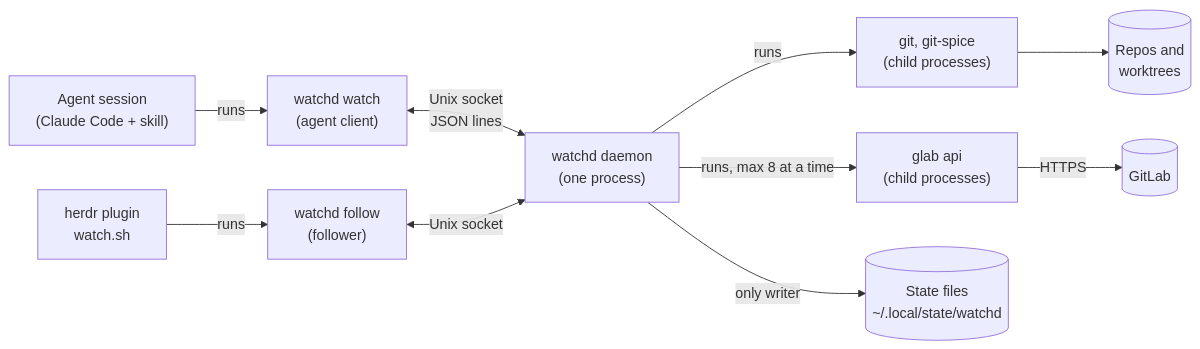
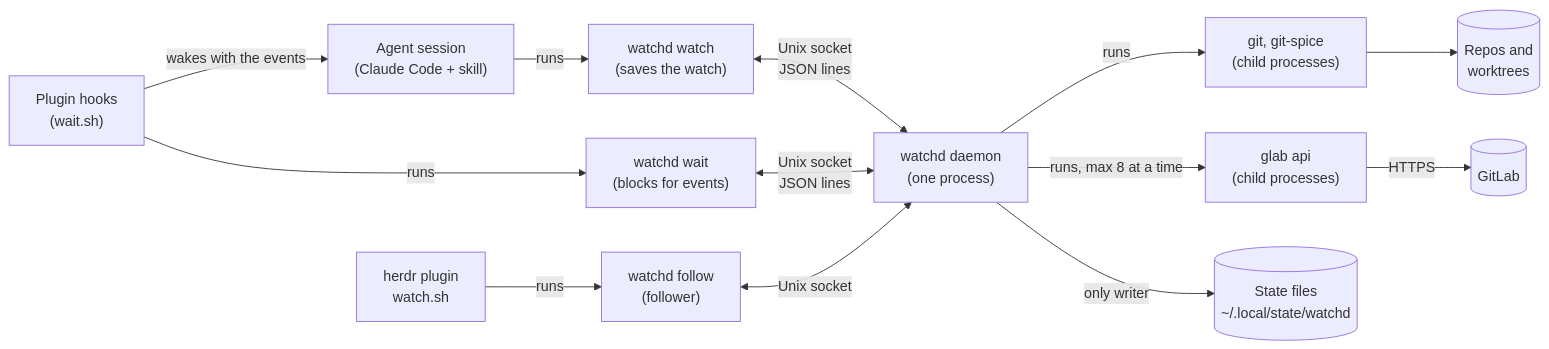
One commit to AlexKrupa/.dotfiles changed the first of 3 diagrams in dot_config/agents/daemon/README.md. Above: the diagram before and after it, drawn with Mermaid. The commit also changed other lines of this file and 3 other files, not shown here.

Commit message:
Update .config/agents/README.md Update .config/agents/daemon/README.md Update .config/agents/references/watch/common.md Update .config/agents/references/watch/gitlab.md

````diff
--- a/dot_config/agents/daemon/README.md
+++ b/dot_config/agents/daemon/README.md
@@ -10,12 +10,15 @@
 ```mermaid
 flowchart LR
-  agent["Agent session<br/>(Claude Code + skill)"] -->|"runs"| client["watchd watch<br/>(agent client)"]
-  client <-->|"Unix socket<br/>JSON lines"| daemon["watchd daemon<br/>(one process)"]
+  agent["Agent session<br/>(Claude Code + skill)"] -->|"runs"| watch["watchd watch<br/>(saves the watch)"]
+  plugin["Plugin hooks<br/>(wait.sh)"] -->|"runs"| wait["watchd wait<br/>(blocks for events)"]
+  plugin -->|"wakes with the events"| agent
+  watch <-->|"Unix socket<br/>JSON lines"| daemon["watchd daemon<br/>(one process)"]
+  wait <-->|"Unix socket<br/>JSON lines"| daemon
   daemon -->|"runs"| git["git, git-spice<br/>(child processes)"]
   git --> repos[("Repos and<br/>worktrees")]
   daemon -->|"runs, max 8 at a time"| glab["glab api<br/>(child processes)"]
   glab -->|"HTTPS"| gitlab[("GitLab")]
   daemon -->|"only writer"| files[("State files<br/>~/.local/state/watchd")]
   herdr["herdr plugin<br/>watch.sh"] -->|"runs"| follow["watchd follow<br/>(follower)"]
   follow <-->|"Unix socket"| daemon
 ```
````
